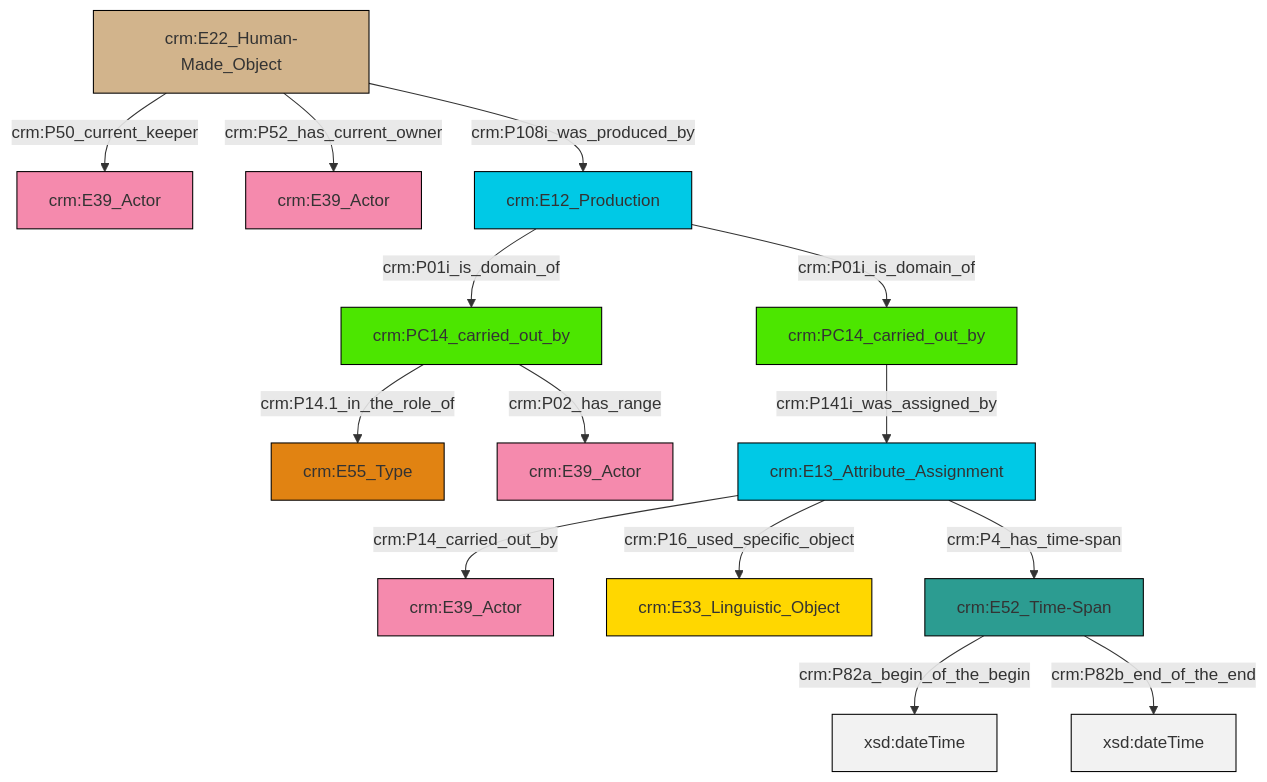
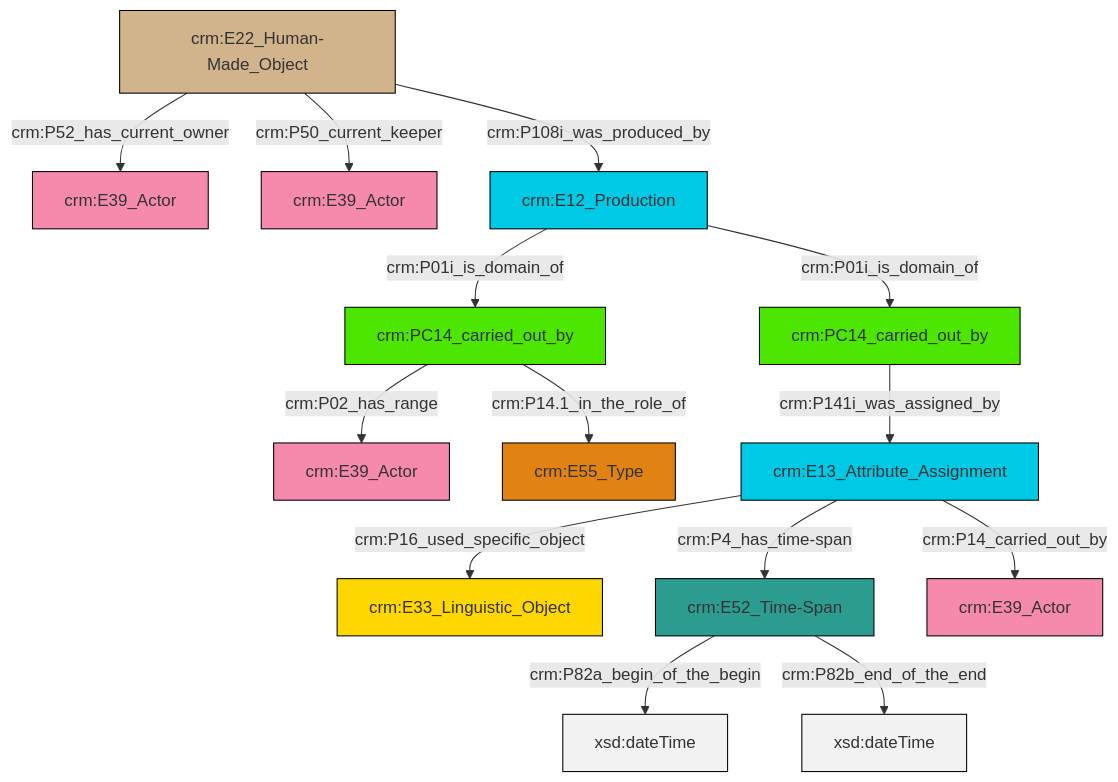
The diagram in et/carrierCSV/ttl/mmd/carrier_relations.ttl.mmd (swiss-art-research-net/docs.swissartresearch), drawn with Mermaid before and after one commit. The commit also changed 179 other files, not shown here.

```diff
--- a/et/carrierCSV/ttl/mmd/carrier_relations.ttl.mmd
+++ b/et/carrierCSV/ttl/mmd/carrier_relations.ttl.mmd
@@ -1,28 +1,28 @@
 graph TD
 classDef Literal fill:#f2f2f2,stroke:#000000;
 classDef CRM_Entity fill:#FFFFFF,stroke:#000000;
 classDef Temporal_Entity fill:#00C9E6, stroke:#000000;
 classDef Type fill:#E18312, stroke:#000000;
 classDef Time-Span fill:#2C9C91, stroke:#000000;
 classDef Appellation fill:#FFEB7F, stroke:#000000;
 classDef Place fill:#008836, stroke:#000000;
 classDef Persistent_Item fill:#B266B2, stroke:#000000;
 classDef Conceptual_Object fill:#FFD700, stroke:#000000;
 classDef Physical_Thing fill:#D2B48C, stroke:#000000;
 classDef Actor fill:#f58aad, stroke:#000000;
 classDef PC_Classes fill:#4ce600, stroke:#000000;
 classDef Multi fill:#cccccc,stroke:#000000;
 
-0["crm:E52_Time-Span"]:::Time-Span -->|crm:P82a_begin_of_the_begin| 1[xsd:dateTime]:::Literal
-2["crm:PC14_carried_out_by"]:::PC_Classes -->|crm:P14.1_in_the_role_of| 3["crm:E55_Type"]:::Type
-9["crm:E13_Attribute_Assignment"]:::Temporal_Entity -->|crm:P14_carried_out_by| 6["crm:E39_Actor"]:::Actor
-9["crm:E13_Attribute_Assignment"]:::Temporal_Entity -->|crm:P16_used_specific_object| 11["crm:E33_Linguistic_Object"]:::Conceptual_Object
-12["crm:PC14_carried_out_by"]:::PC_Classes -->|crm:P141i_was_assigned_by| 9["crm:E13_Attribute_Assignment"]:::Temporal_Entity
-15["crm:E22_Human-Made_Object"]:::Physical_Thing -->|crm:P50_current_keeper| 17["crm:E39_Actor"]:::Actor
-18["crm:E12_Production"]:::Temporal_Entity -->|crm:P01i_is_domain_of| 2["crm:PC14_carried_out_by"]:::PC_Classes
-18["crm:E12_Production"]:::Temporal_Entity -->|crm:P01i_is_domain_of| 12["crm:PC14_carried_out_by"]:::PC_Classes
-2["crm:PC14_carried_out_by"]:::PC_Classes -->|crm:P02_has_range| 13["crm:E39_Actor"]:::Actor
-15["crm:E22_Human-Made_Object"]:::Physical_Thing -->|crm:P52_has_current_owner| 4["crm:E39_Actor"]:::Actor
-9["crm:E13_Attribute_Assignment"]:::Temporal_Entity -->|crm:P4_has_time-span| 0["crm:E52_Time-Span"]:::Time-Span
-0["crm:E52_Time-Span"]:::Time-Span -->|crm:P82b_end_of_the_end| 20[xsd:dateTime]:::Literal
-15["crm:E22_Human-Made_Object"]:::Physical_Thing -->|crm:P108i_was_produced_by| 18["crm:E12_Production"]:::Temporal_Entity
+0["crm:E22_Human-Made_Object"]:::Physical_Thing -->|crm:P52_has_current_owner| 1["crm:E39_Actor"]:::Actor
+4["crm:E52_Time-Span"]:::Time-Span -->|crm:P82a_begin_of_the_begin| 5[xsd:dateTime]:::Literal
+10["crm:PC14_carried_out_by"]:::PC_Classes -->|crm:P14.1_in_the_role_of| 11["crm:E55_Type"]:::Type
+4["crm:E52_Time-Span"]:::Time-Span -->|crm:P82b_end_of_the_end| 12[xsd:dateTime]:::Literal
+10["crm:PC14_carried_out_by"]:::PC_Classes -->|crm:P02_has_range| 6["crm:E39_Actor"]:::Actor
+0["crm:E22_Human-Made_Object"]:::Physical_Thing -->|crm:P50_current_keeper| 14["crm:E39_Actor"]:::Actor
+20["crm:E13_Attribute_Assignment"]:::Temporal_Entity -->|crm:P16_used_specific_object| 2["crm:E33_Linguistic_Object"]:::Conceptual_Object
+8["crm:PC14_carried_out_by"]:::PC_Classes -->|crm:P141i_was_assigned_by| 20["crm:E13_Attribute_Assignment"]:::Temporal_Entity
+20["crm:E13_Attribute_Assignment"]:::Temporal_Entity -->|crm:P14_carried_out_by| 21["crm:E39_Actor"]:::Actor
+18["crm:E12_Production"]:::Temporal_Entity -->|crm:P01i_is_domain_of| 10["crm:PC14_carried_out_by"]:::PC_Classes
+0["crm:E22_Human-Made_Object"]:::Physical_Thing -->|crm:P108i_was_produced_by| 18["crm:E12_Production"]:::Temporal_Entity
+20["crm:E13_Attribute_Assignment"]:::Temporal_Entity -->|crm:P4_has_time-span| 4["crm:E52_Time-Span"]:::Time-Span
+18["crm:E12_Production"]:::Temporal_Entity -->|crm:P01i_is_domain_of| 8["crm:PC14_carried_out_by"]:::PC_Classes
```
